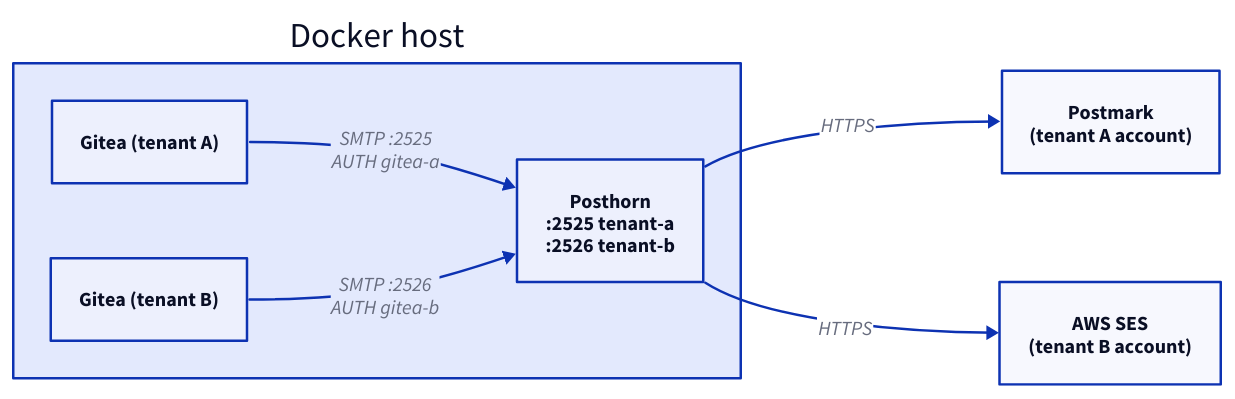
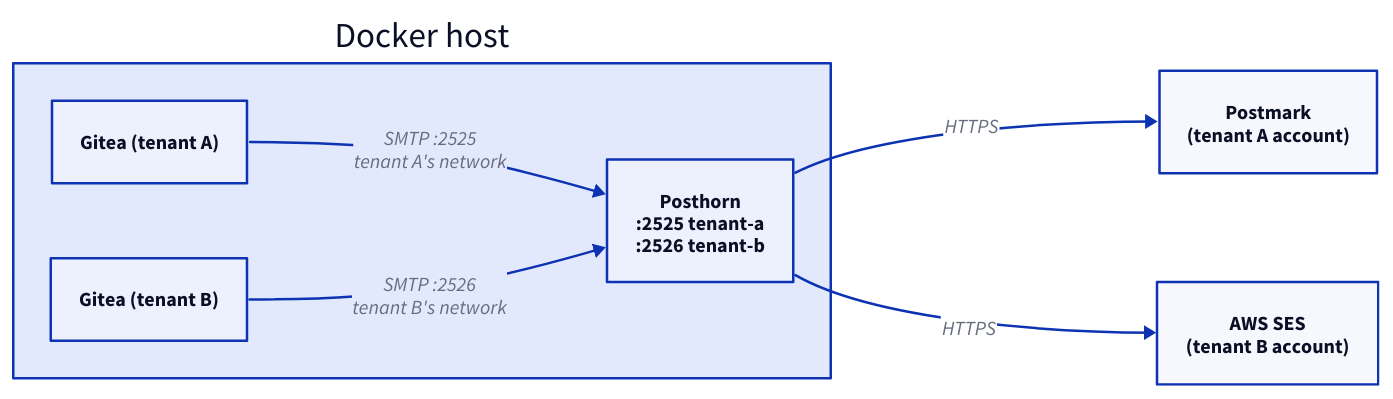
The diagram in site/src/content/docs/recipes/multi-tenant-smtp.mdx (craigmccaskill/posthorn), drawn with D2 before and after one commit. The commit also changed other lines of this file and 5 other files, not shown here.

````diff
--- a/site/src/content/docs/recipes/multi-tenant-smtp.mdx
+++ b/site/src/content/docs/recipes/multi-tenant-smtp.mdx
@@ -14,18 +18,18 @@
 ```d2
 direction: right
 
 host: Docker host {
   gitea_a: "Gitea (tenant A)"
   gitea_b: "Gitea (tenant B)"
   posthorn: "Posthorn\n:2525 tenant-a\n:2526 tenant-b"
 
-  gitea_a -> posthorn: "SMTP :2525\nAUTH gitea-a"
-  gitea_b -> posthorn: "SMTP :2526\nAUTH gitea-b"
+  gitea_a -> posthorn: "SMTP :2525\ntenant A's network"
+  gitea_b -> posthorn: "SMTP :2526\ntenant B's network"
 }
 
 pm: "Postmark\n(tenant A account)"
 ses: "AWS SES\n(tenant B account)"
 
 host.posthorn -> pm: HTTPS
 host.posthorn -> ses: HTTPS
 ```
````
